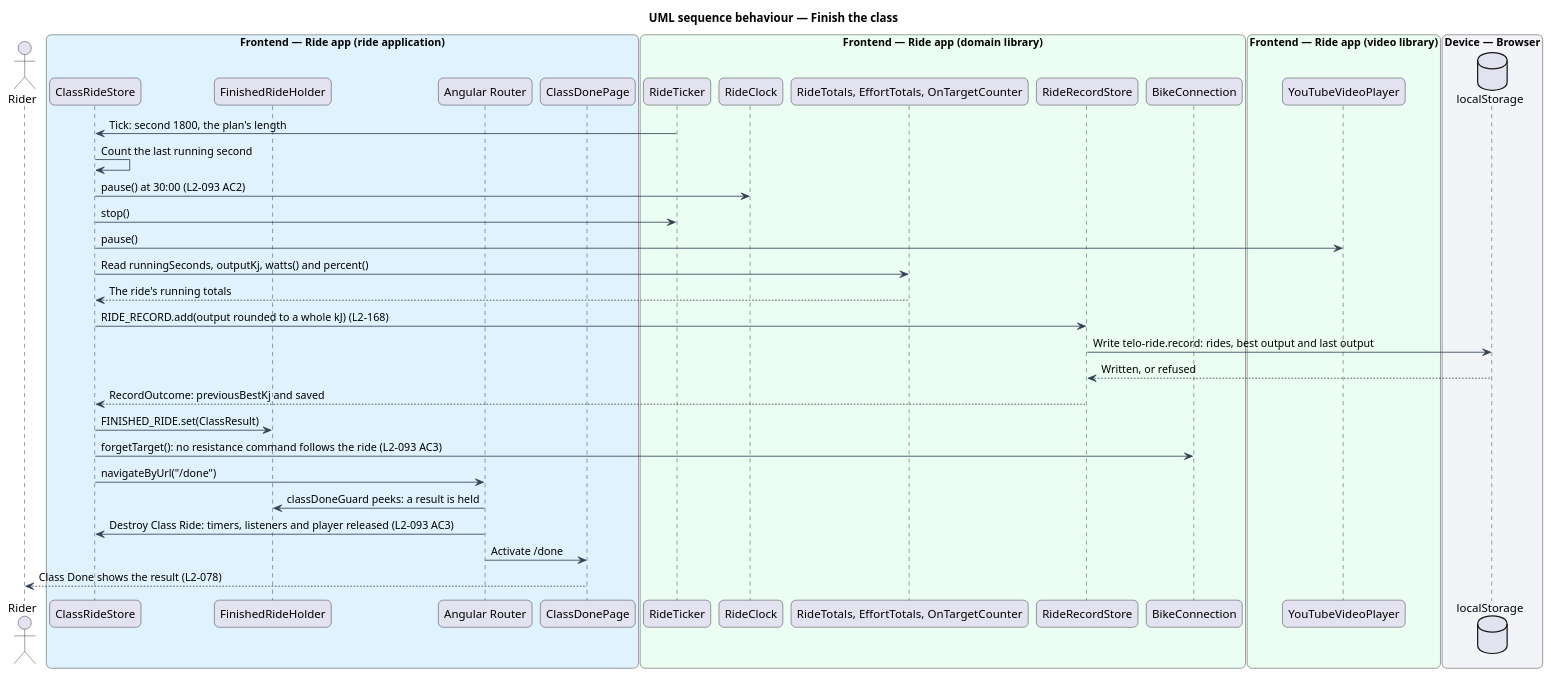
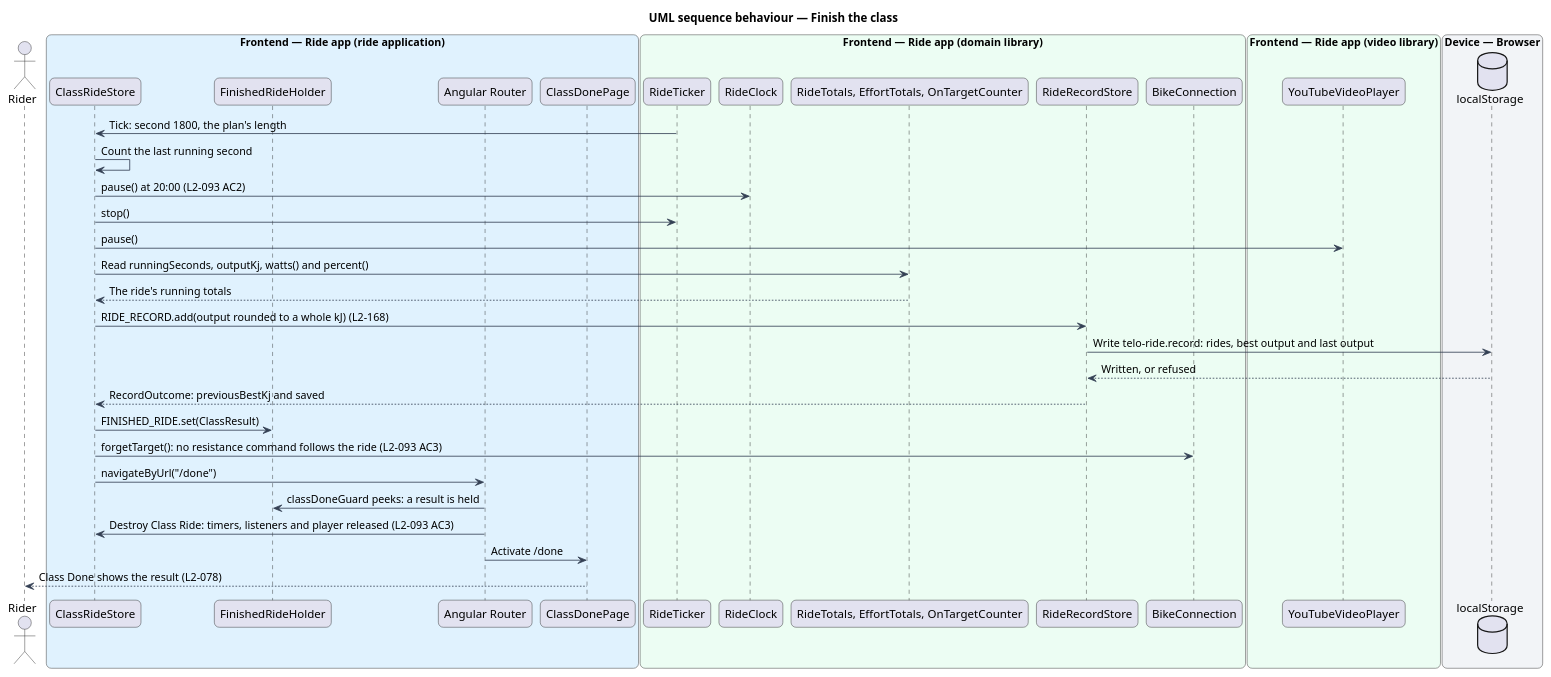
Before and after one commit to QuinntyneBrown/ride-one: the diagram in docs/detailed-designs/class-ride/pause-leave-or-finish-the-class/diagrams/sequence-finish-the-class.puml, drawn with PlantUML. The commit also changed 76 other files, not shown here.

```diff
--- a/docs/detailed-designs/class-ride/pause-leave-or-finish-the-class/diagrams/sequence-finish-the-class.puml
+++ b/docs/detailed-designs/class-ride/pause-leave-or-finish-the-class/diagrams/sequence-finish-the-class.puml
@@ -1,55 +1,55 @@
 @startuml
 title UML sequence behaviour — Finish the class
 skinparam backgroundColor #FFFFFF
 skinparam shadowing false
 skinparam roundcorner 12
 skinparam defaultFontName Arial
 skinparam ArrowColor #344054
 skinparam rectangle {
   BorderColor #344054
   FontColor #101828
 }
 skinparam package {
   BorderColor #667085
   FontColor #101828
   BackgroundColor #F9FAFB
 }
 actor "Rider" as rider
 box "Frontend — Ride app (ride application)" #E0F2FE
   participant "ClassRideStore" as store
   participant "FinishedRideHolder" as holder
   participant "Angular Router" as router
   participant "ClassDonePage" as done
 end box
 box "Frontend — Ride app (domain library)" #ECFDF3
   participant "RideTicker" as ticker
   participant "RideClock" as clock
   participant "RideTotals, EffortTotals, OnTargetCounter" as totals
   participant "RideRecordStore" as record
   participant "BikeConnection" as conn
 end box
 box "Frontend — Ride app (video library)" #ECFDF3
   participant "YouTubeVideoPlayer" as player
 end box
 box "Device — Browser" #F2F4F7
   database "localStorage" as ls
 end box
 ticker -> store : Tick: second 1800, the plan's length
 store -> store : Count the last running second
-store -> clock : pause() at 30:00 (L2-093 AC2)
+store -> clock : pause() at 20:00 (L2-093 AC2)
 store -> ticker : stop()
 store -> player : pause()
 store -> totals : Read runningSeconds, outputKj, watts() and percent()
 totals --> store : The ride's running totals
 store -> record : RIDE_RECORD.add(output rounded to a whole kJ) (L2-168)
 record -> ls : Write telo-ride.record: rides, best output and last output
 ls --> record : Written, or refused
 record --> store : RecordOutcome: previousBestKj and saved
 store -> holder : FINISHED_RIDE.set(ClassResult)
 store -> conn : forgetTarget(): no resistance command follows the ride (L2-093 AC3)
 store -> router : navigateByUrl("/done")
 router -> holder : classDoneGuard peeks: a result is held
 router -> store : Destroy Class Ride: timers, listeners and player released (L2-093 AC3)
 router -> done : Activate /done
 done --> rider : Class Done shows the result (L2-078)
 @enduml
```
